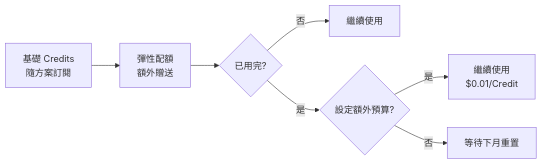
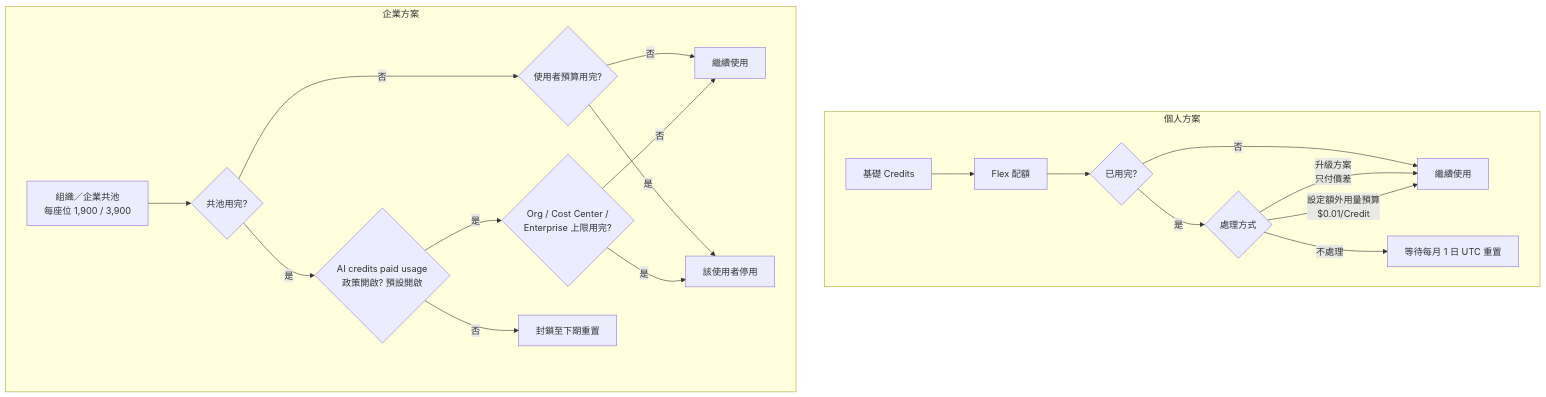
The third of 26 diagrams in content/posts/教學/AI開發/github copilot生態圈教學手冊.md (chihhung/Blog), drawn with Mermaid before and after one commit. The commit also changed other lines of this file and 2 other files, not shown here.

````diff
--- a/content/posts/教學/AI開發/github copilot生態圈教學手冊.md
+++ b/content/posts/教學/AI開發/github copilot生態圈教學手冊.md
@@ -403,9 +617,24 @@
 ```mermaid
-flowchart LR
-    A[基礎 Credits<br/>隨方案訂閱] --> B[彈性配額<br/>額外贈送]
-    B --> C{已用完?}
-    C -->|否| D[繼續使用]
-    C -->|是| E{設定額外預算?}
-    E -->|是| F[繼續使用<br/>$0.01/Credit]
-    E -->|否| G[等待下月重置]
+flowchart TB
+    subgraph "個人方案"
+        A[基礎 Credits] --> B[Flex 配額]
+        B --> C{已用完?}
+        C -->|否| D[繼續使用]
+        C -->|是| E{處理方式}
+        E -->|升級方案<br/>只付價差| D
+        E -->|設定額外用量預算<br/>$0.01/Credit| D
+        E -->|不處理| F[等待每月 1 日 UTC 重置]
+    end
+
+    subgraph "企業方案"
+        G[組織／企業共池<br/>每座位 1,900 / 3,900] --> H{共池用完?}
+        H -->|否| I{使用者預算用完?}
+        I -->|否| J[繼續使用]
+        I -->|是| K[該使用者停用]
+        H -->|是| L{AI credits paid usage<br/>政策開啟? 預設開啟}
+        L -->|是| M{Org / Cost Center /<br/>Enterprise 上限用完?}
+        M -->|否| J
+        M -->|是| K
+        L -->|否| F2[封鎖至下期重置]
+    end
 ```
````
